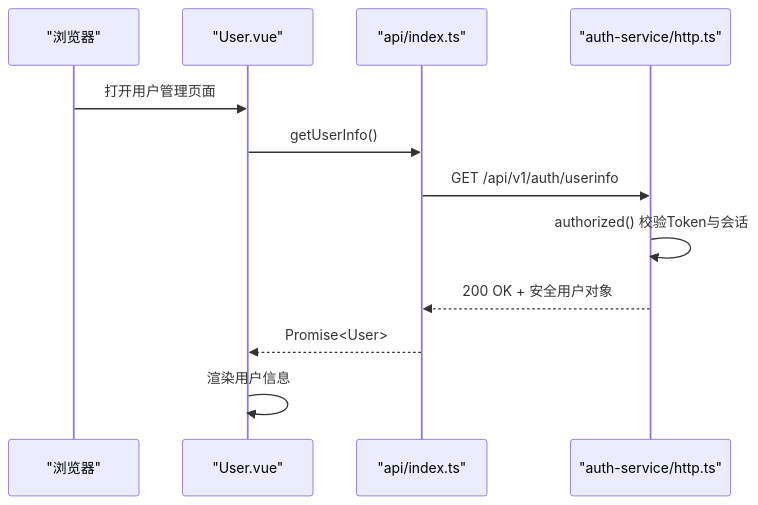
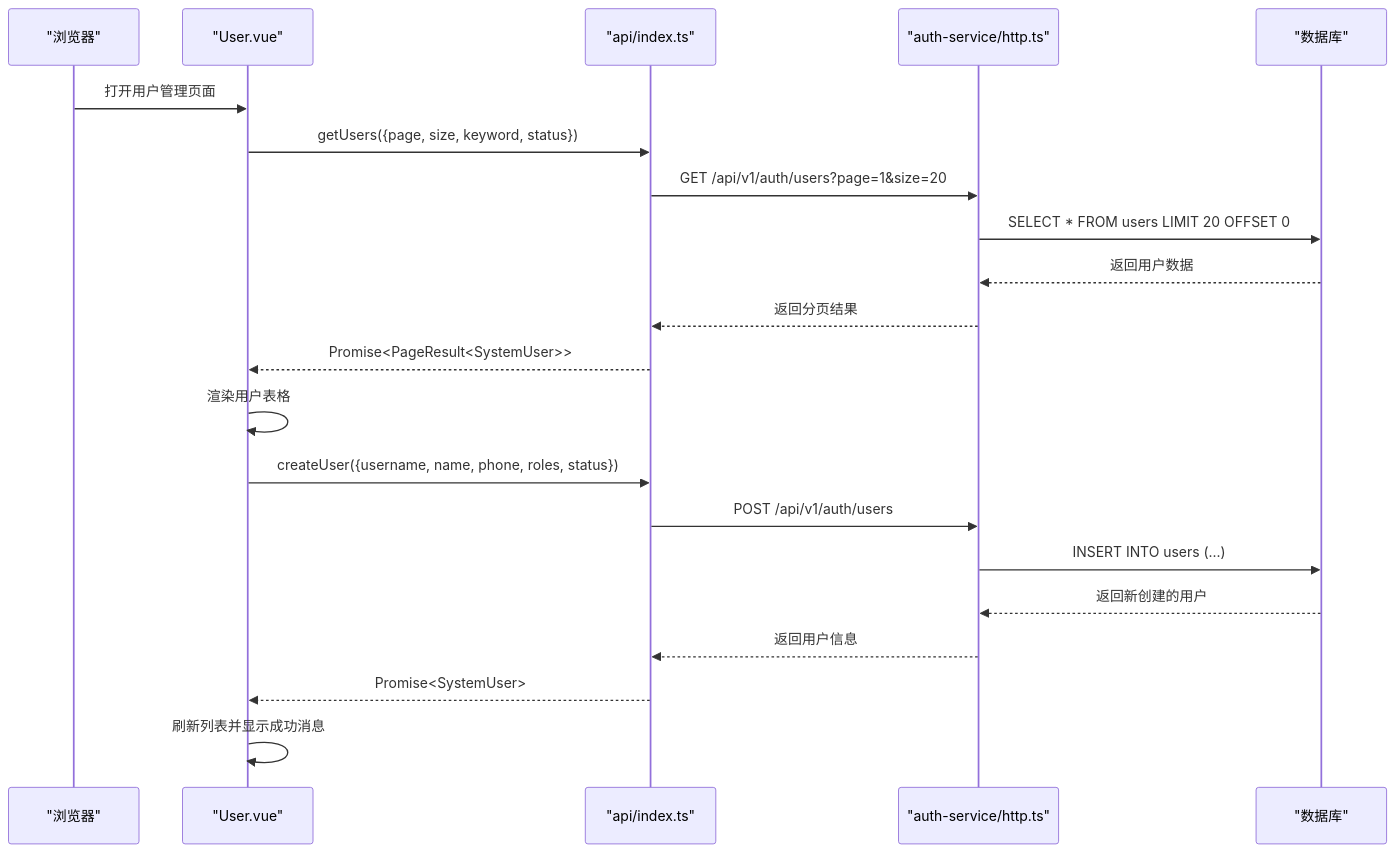
One commit to q446328246/agri-platform changed the fourth of 7 diagrams in .qoder/repowiki/zh/content/前端应用文档/核心页面/系统管理页面/用户管理.md. Above: the diagram before and after it, drawn with Mermaid. The commit also changed other lines of this file and 84 other files, not shown here.

````diff
--- a/.qoder/repowiki/zh/content/前端应用文档/核心页面/系统管理页面/用户管理.md
+++ b/.qoder/repowiki/zh/content/前端应用文档/核心页面/系统管理页面/用户管理.md
@@ -151,14 +215,23 @@
 ```mermaid
 sequenceDiagram
 participant Client as "浏览器"
 participant FE as "User.vue"
 participant API as "api/index.ts"
 participant AUTH as "auth-service/http.ts"
+participant DB as "数据库"
 Client->>FE : 打开用户管理页面
-FE->>API : getUserInfo()
-API->>AUTH : GET /api/v1/auth/userinfo
-AUTH->>AUTH : authorized() 校验Token与会话
-AUTH-->>API : 200 OK + 安全用户对象
-API-->>FE : Promise<User>
-FE->>FE : 渲染用户信息
+FE->>API : getUsers({page, size, keyword, status})
+API->>AUTH : GET /api/v1/auth/users?page=1&size=20
+AUTH->>DB : SELECT * FROM users LIMIT 20 OFFSET 0
+DB-->>AUTH : 返回用户数据
+AUTH-->>API : 返回分页结果
+API-->>FE : Promise<PageResult<SystemUser>>
+FE->>FE : 渲染用户表格
+FE->>API : createUser({username, name, phone, roles, status})
+API->>AUTH : POST /api/v1/auth/users
+AUTH->>DB : INSERT INTO users (...)
+DB-->>AUTH : 返回新创建的用户
+AUTH-->>API : 返回用户信息
+API-->>FE : Promise<SystemUser>
+FE->>FE : 刷新列表并显示成功消息
 ```
````
